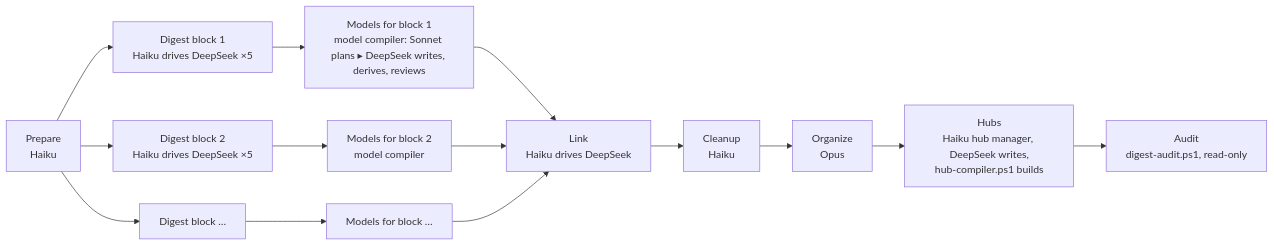
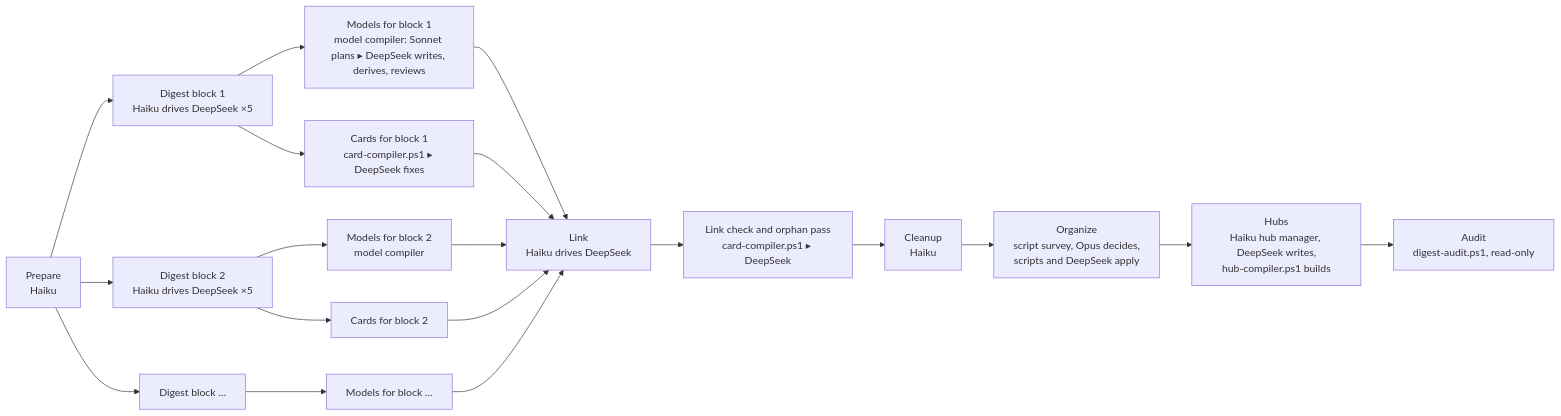
Before and after one commit to liudesheng9/zet: the diagram in doc/zt-book-digest-workflow.md, drawn with Mermaid. The commit also changed other lines of this file and 24 other files, not shown here.

````diff
--- a/doc/zt-book-digest-workflow.md
+++ b/doc/zt-book-digest-workflow.md
@@ -13,16 +13,21 @@
 ```mermaid
 flowchart LR
   P[Prepare<br/>Haiku] --> D1[Digest block 1<br/>Haiku drives DeepSeek ×5]
   P --> D2[Digest block 2<br/>Haiku drives DeepSeek ×5]
   P --> D3[Digest block …]
   D1 --> M1[Models for block 1<br/>model compiler: Sonnet plans ▸ DeepSeek writes, derives, reviews]
   D2 --> M2[Models for block 2<br/>model compiler]
   D3 --> M3[Models for block …]
+  D1 --> K1[Cards for block 1<br/>card-compiler.ps1 ▸ DeepSeek fixes]
+  D2 --> K2[Cards for block 2]
   M1 --> L[Link<br/>Haiku drives DeepSeek]
   M2 --> L
   M3 --> L
-  L --> C[Cleanup<br/>Haiku]
-  C --> O[Organize<br/>Opus]
+  K1 --> L
+  K2 --> L
+  L --> LK[Link check and orphan pass<br/>card-compiler.ps1 ▸ DeepSeek]
+  LK --> C[Cleanup<br/>Haiku]
+  C --> O[Organize<br/>script survey, Opus decides,<br/>scripts and DeepSeek apply]
   O --> H[Hubs<br/>Haiku hub manager, DeepSeek writes,<br/>hub-compiler.ps1 builds]
   H --> A[Audit<br/>digest-audit.ps1, read-only]
 ```
````
